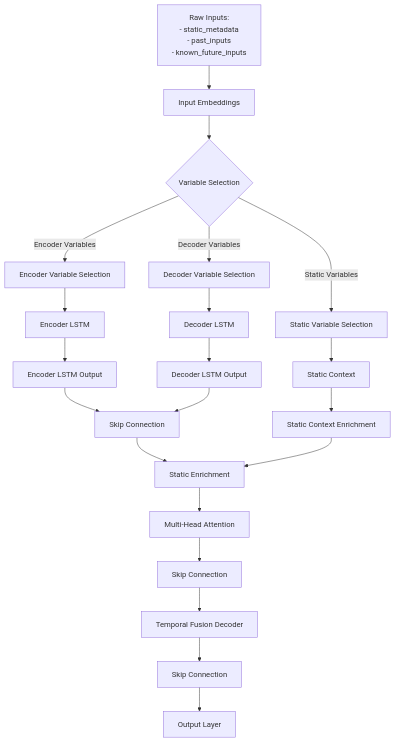
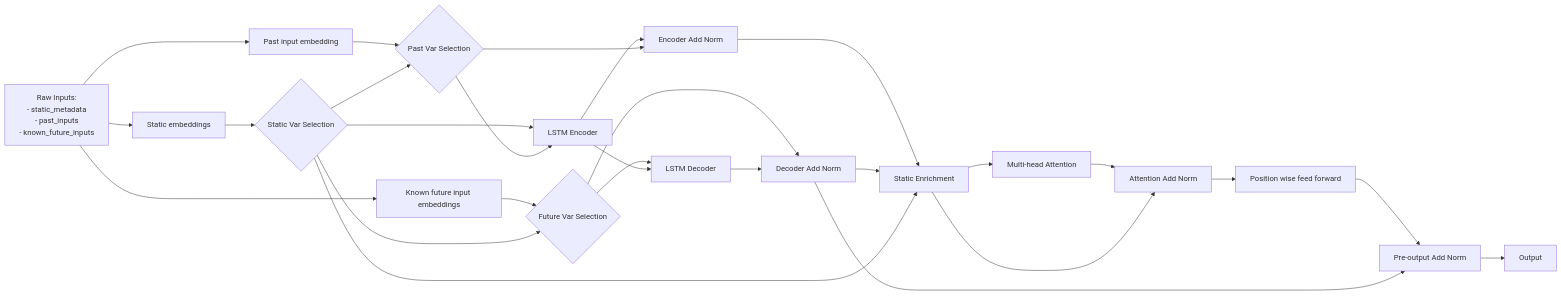
One commit to Luke-Chesley/tft_development changed the diagram in readme.md. Above: the diagram before and after it, drawn with Mermaid. The commit also changed other lines of this file, not shown here.

Commit message:
modified:   readme.md

````diff
--- a/readme.md
+++ b/readme.md
@@ -6,25 +6,31 @@
 ```mermaid
 
-graph TD
-    A[Raw Inputs:<br>- static_metadata<br>- past_inputs<br>- known_future_inputs] --> B[Input Embeddings]
-    B --> C{Variable Selection}
-    C -->|Static Variables| D[Static Variable Selection]
-    C -->|Encoder Variables| E[Encoder Variable Selection]
-    C -->|Decoder Variables| F[Decoder Variable Selection]
-    D --> G[Static Context]
-    E --> H[Encoder LSTM]
-    F --> I[Decoder LSTM]
-    G --> J[Static Context Enrichment]
-    H --> K[Encoder LSTM Output]
-    I --> L[Decoder LSTM Output]
-    K --> M[Skip Connection]
-    L --> M
-    M --> N[Static Enrichment]
-    J --> N
-    N --> O[Multi-Head Attention]
-    O --> P[Skip Connection]
-    P --> Q[Temporal Fusion Decoder]
-    Q --> R[Skip Connection]
-    R --> S[Output Layer]
+graph LR
+    A[Raw Inputs:<br>- static_metadata<br>- past_inputs<br>- known_future_inputs] --> BB[Static embeddings]
+    A --> BBB[Past input embedding]
+    A --> BBBB[Known future input embeddings]
+    BB --> C{Static Var Selection}
+    BBB --> CC{Past Var Selection}
+    BBBB --> CCC{Future Var Selection}
+    C --> CC
+    C --> CCC
+    C ---> D[LSTM Encoder]
+    CC --> D
+    CCC --> E[LSTM Decoder]
+    D --> E
+    D --> F[Encoder Add Norm]
+    CC --> F
+    F --> G[Static Enrichment]
+    CCC --> FF[Decoder Add Norm]
+    E --> FF
+    FF --> G
+    C --> G
+    G --> H[Multi-head Attention]
+    H --> I[Attention Add Norm]
+    G --> I
+    I --> J[Position wise feed forward]
+    J --> K[Pre-output Add Norm]
+    FF --> K
+    K --> L[Output]
 
 ```
````
